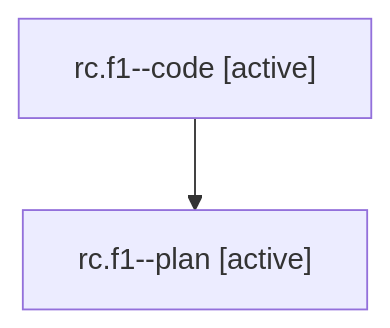
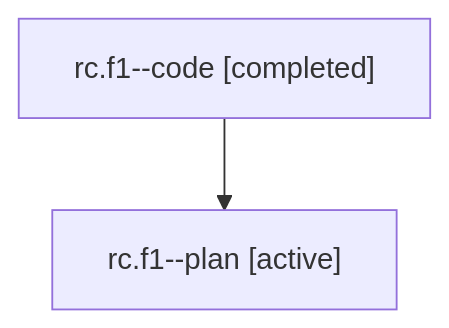
One commit to sase-org/sase--agents changed the diagram in families/bbugyi200.athena.rc.f1.md. Above: the diagram before and after it, drawn with Mermaid. The commit also changed other lines of this file and 5813 other files, not shown here.

````diff
--- a/families/bbugyi200.athena.rc.f1.md
+++ b/families/bbugyi200.athena.rc.f1.md
@@ -9,6 +9,6 @@
 ```mermaid
 flowchart TD
-  n0["rc.f1--code [active]"]
+  n0["rc.f1--code [completed]"]
   n1["rc.f1--plan [active]"]
   n0 --> n1
 ```
````
